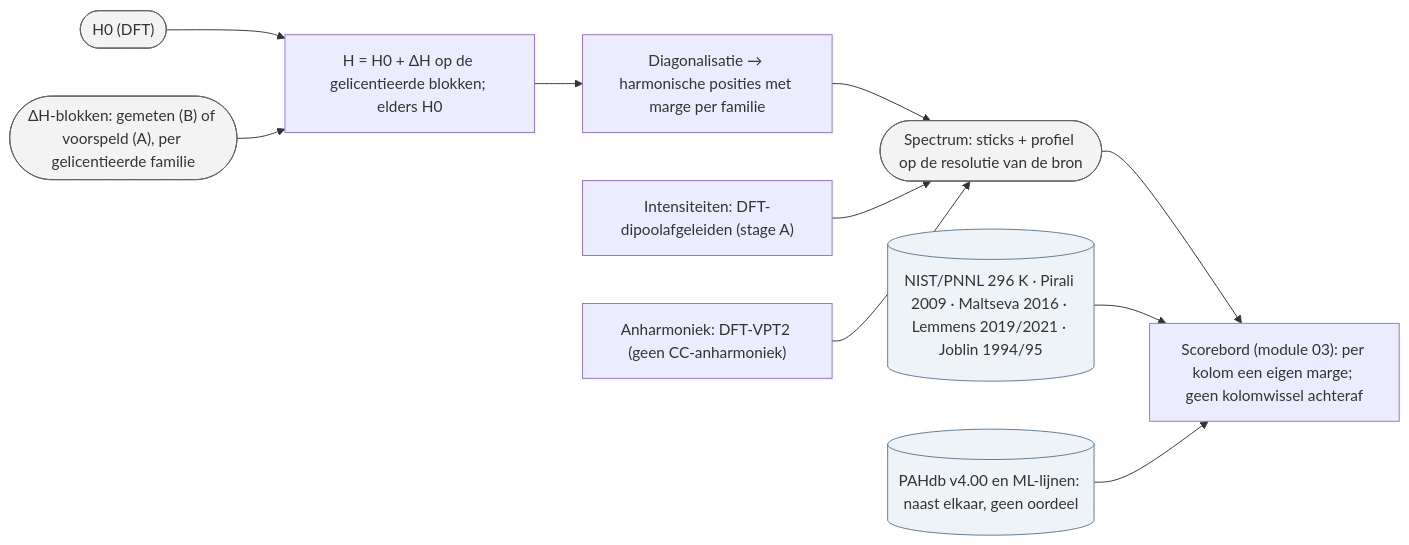
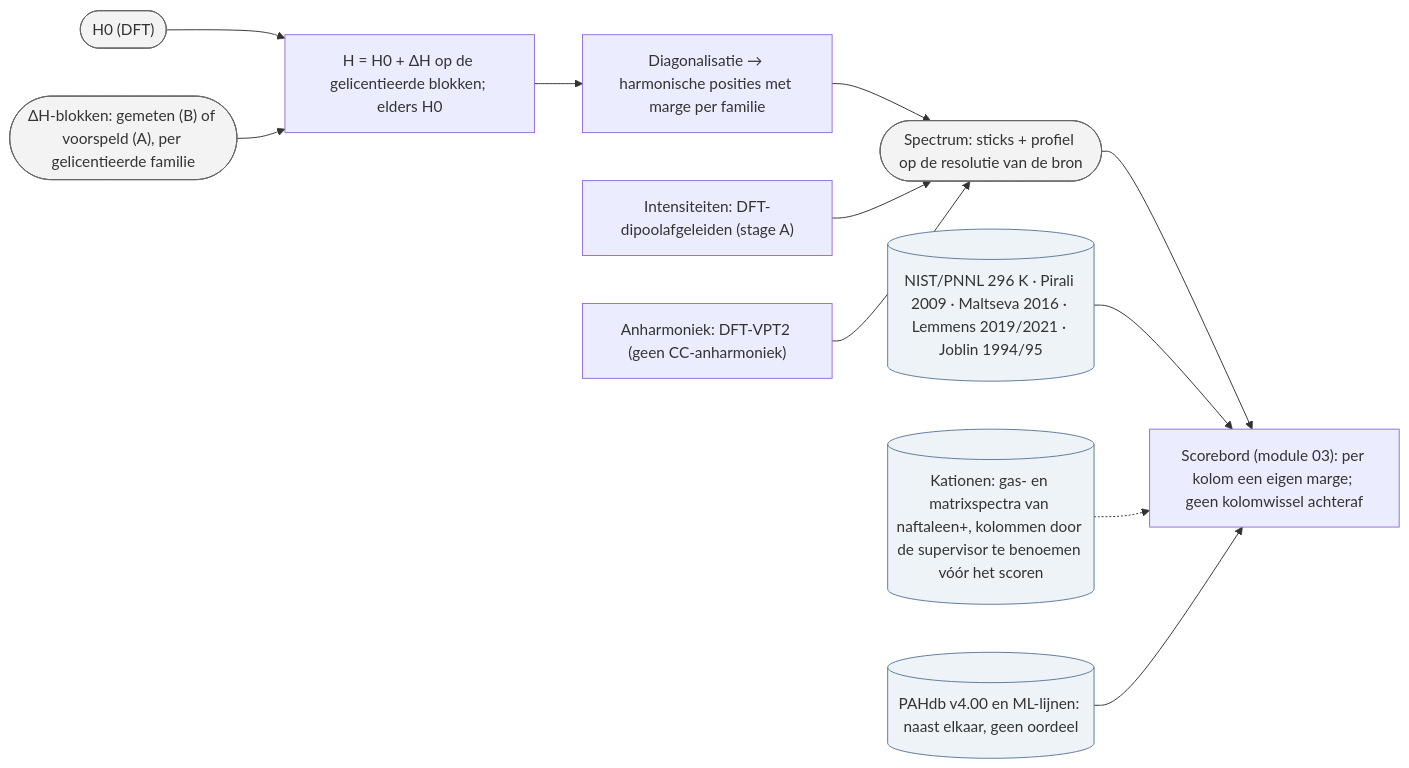
The diagram in plans/05_delta-probed-ir-pipeline/GoalGathering/architecture/30_spectrum_en_score.mmd (thebreadishard/udacity-capstone-plan), drawn with Mermaid before and after one commit. The commit also changed 4 other files, not shown here.

Commit message:
Plan 05 architecture: cations added, dashed (the (T)-port of decision 41 in pipeline B, charge/multiplicity tokens and per-charge licence in pipeline A, cation scoring columns to be named)

```diff
--- a/plans/05_delta-probed-ir-pipeline/GoalGathering/architecture/30_spectrum_en_score.mmd
+++ b/plans/05_delta-probed-ir-pipeline/GoalGathering/architecture/30_spectrum_en_score.mmd
@@ -1,23 +1,25 @@
 %% Spectrum en score (niveau 3), stand 19 september 2026.
 flowchart LR
   classDef data fill:#f3f3f3,stroke:#666
   classDef ext fill:#eef3f8,stroke:#5b7a99
 
   H0(["H0 (DFT)"]):::data
   DH(["ΔH-blokken: gemeten (B) of voorspeld (A), per gelicentieerde familie"]):::data
   SUM["H = H0 + ΔH op de gelicentieerde blokken; elders H0"]
   EIG["Diagonalisatie → harmonische posities met marge per familie"]
   INT["Intensiteiten: DFT-dipoolafgeleiden (stage A)"]
   ANH["Anharmoniek: DFT-VPT2 (geen CC-anharmoniek)"]
   SPEC(["Spectrum: sticks + profiel op de resolutie van de bron"]):::data
   SB["Scorebord (module 03): per kolom een eigen marge; geen kolomwissel achteraf"]
   LAB[("NIST/PNNL 296 K · Pirali 2009 · Maltseva 2016 · Lemmens 2019/2021 · Joblin 1994/95")]:::ext
+  CATLAB[("Kationen: gas- en matrixspectra van naftaleen+, kolommen door de supervisor te benoemen vóór het scoren")]:::ext
   PAHDB[("PAHdb v4.00 en ML-lijnen: naast elkaar, geen oordeel")]:::ext
 
   H0 --> SUM
   DH --> SUM --> EIG --> SPEC
   INT --> SPEC
   ANH --> SPEC
   SPEC --> SB
   LAB --> SB
+  CATLAB -.-> SB
   PAHDB --> SB
```
